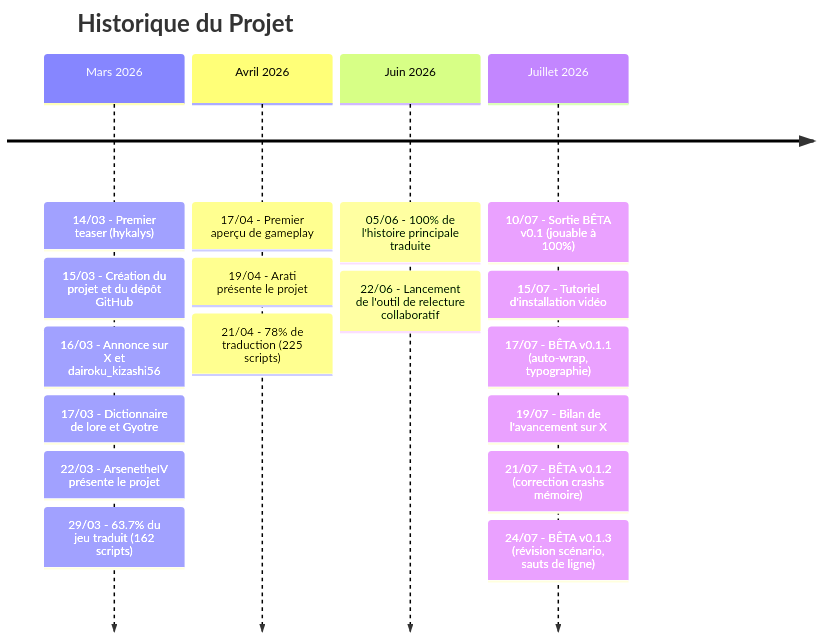
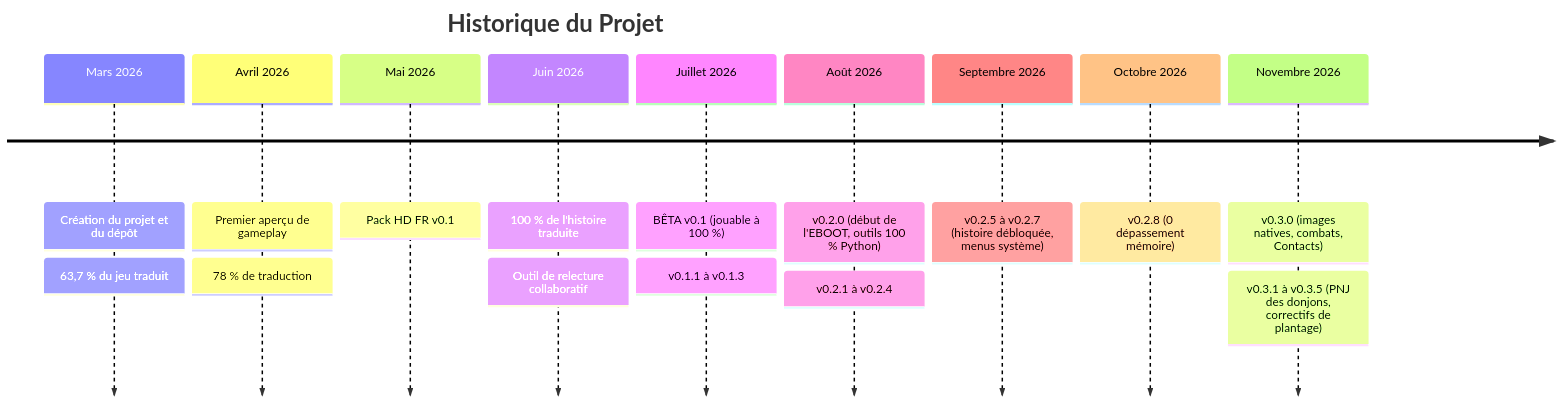
The diagram in docs/SUIVI.md (Grimoire-du-Coeur/P2-IS-FR-PSP), drawn with Mermaid before and after one commit. The commit also changed other lines of this file and 14 other files, not shown here.

First line of the commit message:
v0.3.5 : correctifs des issues, robot des crédits, docs à jour

````diff
--- a/docs/SUIVI.md
+++ b/docs/SUIVI.md
@@ -25,21 +51,19 @@
 ```mermaid
 timeline
     title Historique du Projet
-    Mars 2026 : 14/03 - Premier teaser (hykalys)
-              : 15/03 - Création du projet et du dépôt GitHub
-              : 16/03 - Annonce sur X et dairoku_kizashi56
-              : 17/03 - Dictionnaire de lore et Gyotre
-              : 22/03 - ArsenetheIV présente le projet
-              : 29/03 - 63.7% du jeu traduit (162 scripts)
-    Avril 2026 : 17/04 - Premier aperçu de gameplay
-               : 19/04 - Arati présente le projet
-               : 21/04 - 78% de traduction (225 scripts)
-    Juin 2026 : 05/06 - 100% de l'histoire principale traduite
-              : 22/06 - Lancement de l'outil de relecture collaboratif
-    Juillet 2026 : 10/07 - Sortie BÊTA v0.1 (jouable à 100%)
-                 : 15/07 - Tutoriel d'installation vidéo
-                 : 17/07 - BÊTA v0.1.1 (auto-wrap, typographie)
-                 : 19/07 - Bilan de l'avancement sur X
-                 : 21/07 - BÊTA v0.1.2 (correction crashs mémoire)
-                 : 24/07 - BÊTA v0.1.3 (révision scénario, sauts de ligne)
+    Mars 2026 : Création du projet et du dépôt
+              : 63,7 % du jeu traduit
+    Avril 2026 : Premier aperçu de gameplay
+               : 78 % de traduction
+    Mai 2026 : Pack HD FR v0.1
+    Juin 2026 : 100 % de l'histoire traduite
+              : Outil de relecture collaboratif
+    Juillet 2026 : BÊTA v0.1 (jouable à 100 %)
+                 : v0.1.1 à v0.1.3
+    Août 2026 : v0.2.0 (début de l'EBOOT, outils 100 % Python)
+              : v0.2.1 à v0.2.4
+    Septembre 2026 : v0.2.5 à v0.2.7 (histoire débloquée, menus système)
+    Octobre 2026 : v0.2.8 (0 dépassement mémoire)
+    Novembre 2026 : v0.3.0 (images natives, combats, Contacts)
+                  : v0.3.1 à v0.3.5 (PNJ des donjons, correctifs de plantage)
 ```
````
